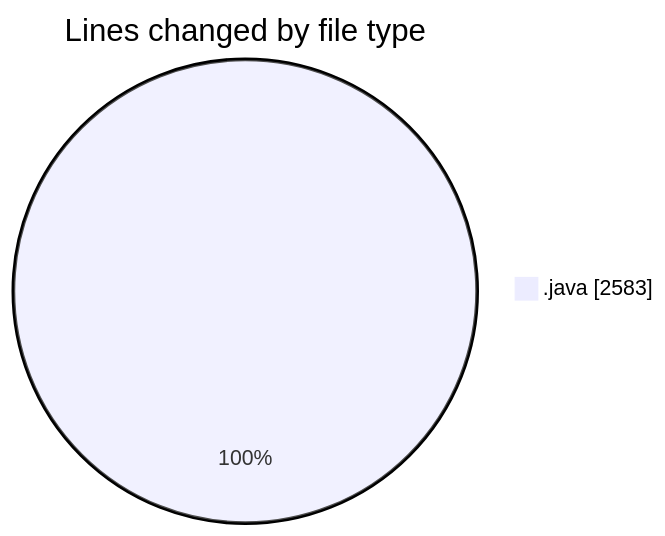
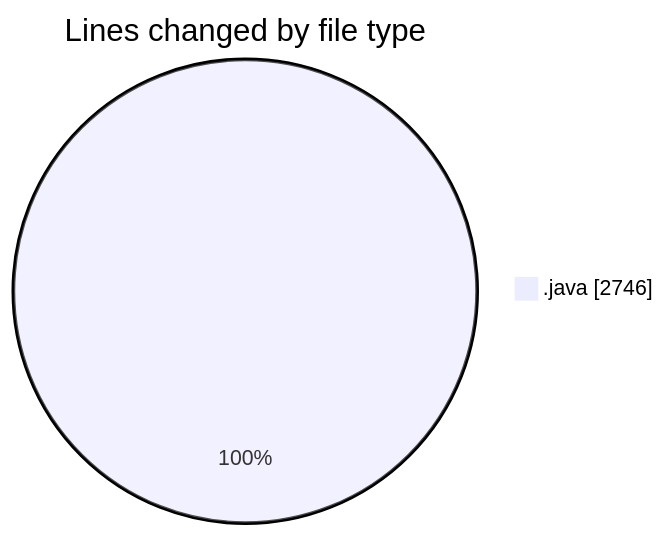
The first of 2 diagrams in 2025-02-21/projet/README.md (Elitesun/code-tracking), drawn with Mermaid before and after one commit. The commit also changed other lines of this file and 1 other file, not shown here.

````diff
--- a/2025-02-21/projet/README.md
+++ b/2025-02-21/projet/README.md
@@ -31,5 +31,5 @@
 ```mermaid
 pie showData
 title Lines changed by file type
-".java" : 2583
+".java" : 2746
 ```
````
